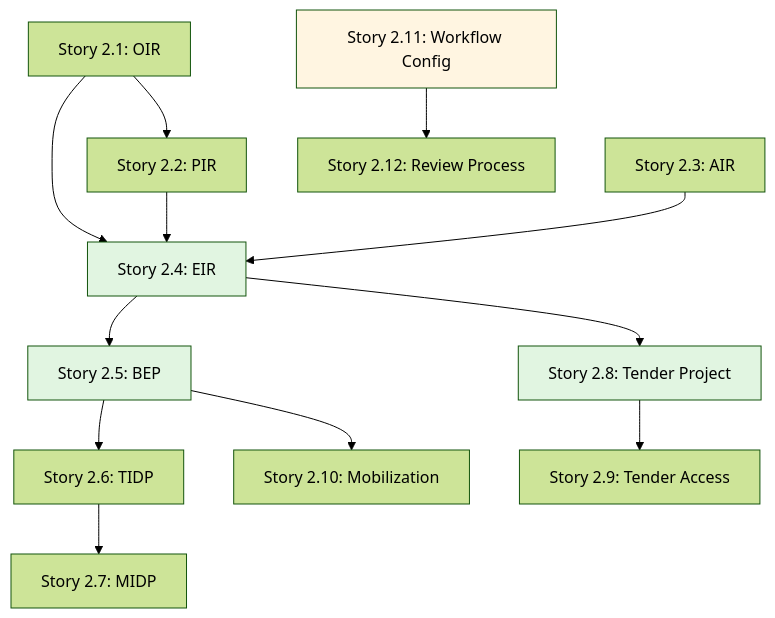
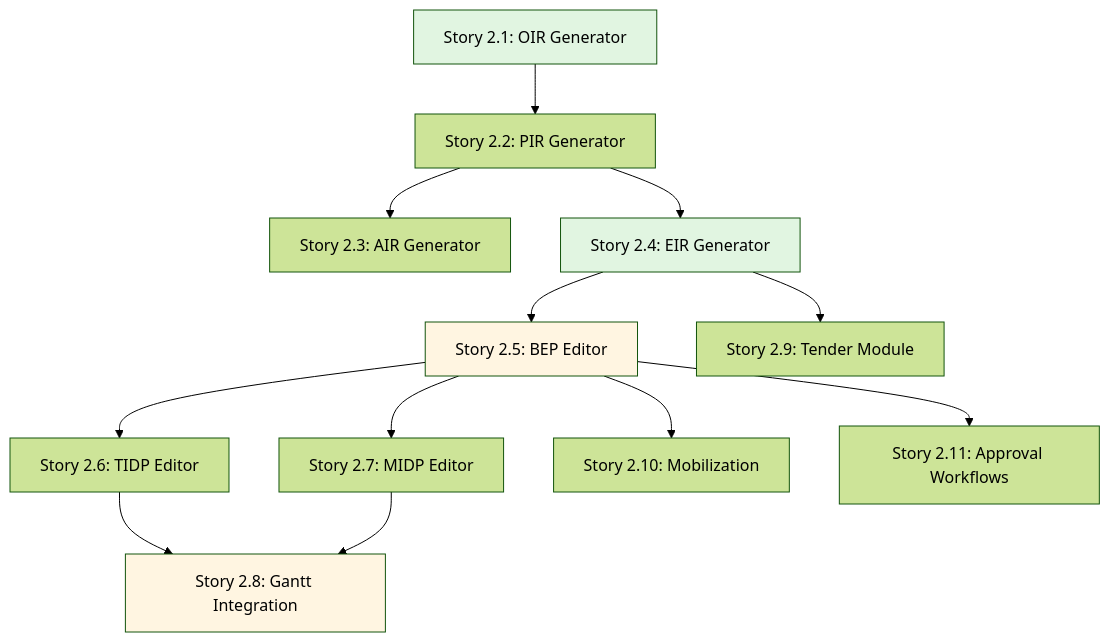
Before and after one commit to beriman/rukon-cde: the diagram in docs/stories/epic-2/README.md, drawn with Mermaid (forest theme). The commit also changed other lines of this file and 176 other files, not shown here.

````diff
--- a/docs/stories/epic-2/README.md
+++ b/docs/stories/epic-2/README.md
@@ -32,24 +31,23 @@
 ```mermaid
 graph TD
-    S2.1[Story 2.1: OIR] --> S2.2[Story 2.2: PIR]
-    S2.1 --> S2.4[Story 2.4: EIR]
-    S2.2 --> S2.4
-    S2.3[Story 2.3: AIR] --> S2.4
+    S2.1[Story 2.1: OIR Generator] --> S2.2[Story 2.2: PIR Generator]
+    S2.2 --> S2.3[Story 2.3: AIR Generator]
+    S2.2 --> S2.4[Story 2.4: EIR Generator]
     
-    S2.4 --> S2.5[Story 2.5: BEP]
-    S2.4 --> S2.8[Story 2.8: Tender Project]
+    S2.4 --> S2.5[Story 2.5: BEP Editor]
+    S2.5 --> S2.6[Story 2.6: TIDP Editor]
+    S2.5 --> S2.7[Story 2.7: MIDP Editor]
     
-    S2.5 --> S2.6[Story 2.6: TIDP]
+    S2.6 --> S2.8[Story 2.8: Gantt Integration]
+    S2.7 --> S2.8
+    
+    S2.4 --> S2.9[Story 2.9: Tender Module]
     S2.5 --> S2.10[Story 2.10: Mobilization]
     
-    S2.6 --> S2.7[Story 2.7: MIDP]
+    S2.5 --> S2.11[Story 2.11: Approval Workflows]
     
-    S2.8 --> S2.9[Story 2.9: Tender Access]
-    
-    S2.11[Story 2.11: Workflow Config] --> S2.12[Story 2.12: Review Process]
-    
+    style S2.1 fill:#e1f5e1
     style S2.4 fill:#e1f5e1
-    style S2.5 fill:#e1f5e1
-    style S2.8 fill:#e1f5e1
-    style S2.11 fill:#fff5e1
+    style S2.5 fill:#fff5e1
+    style S2.8 fill:#fff5e1
 ```
````
